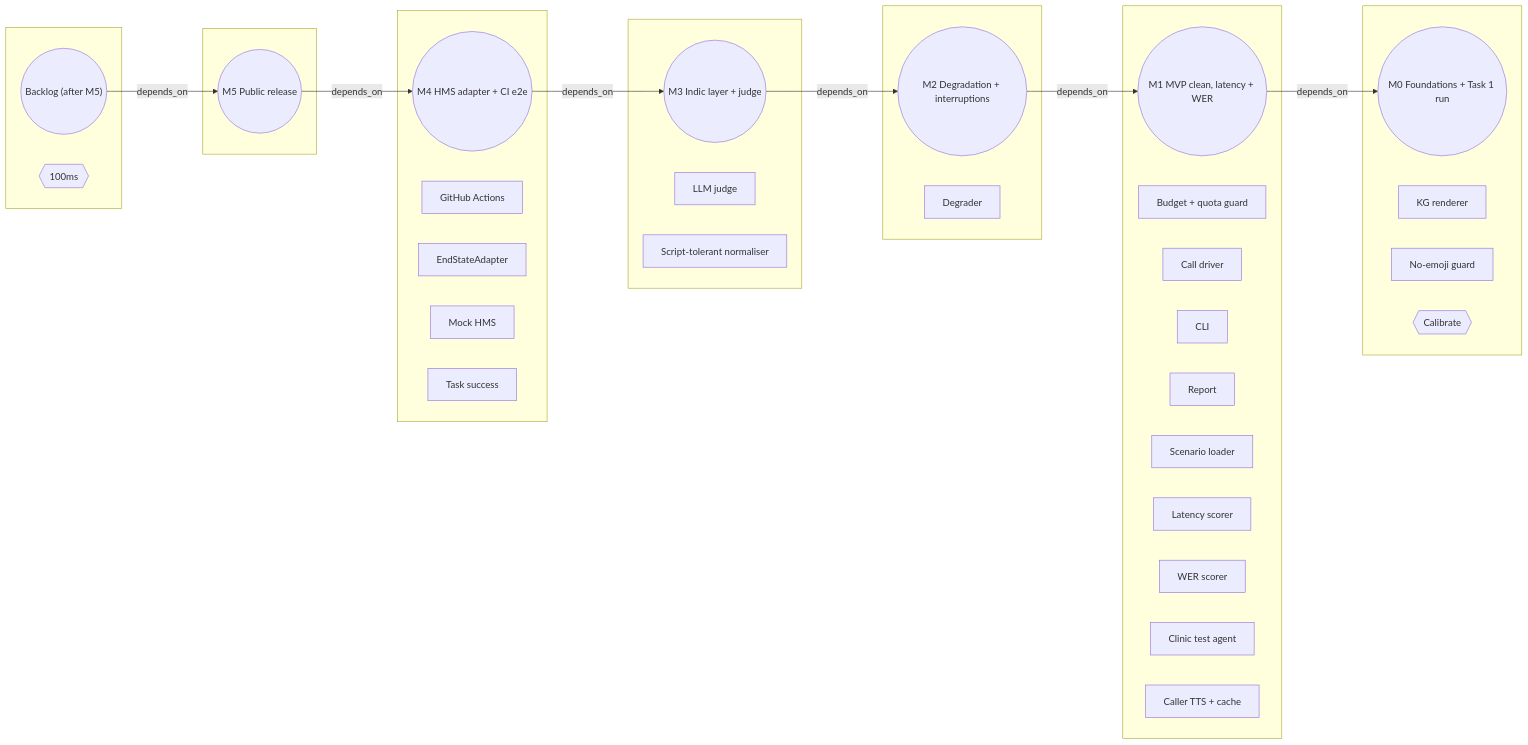
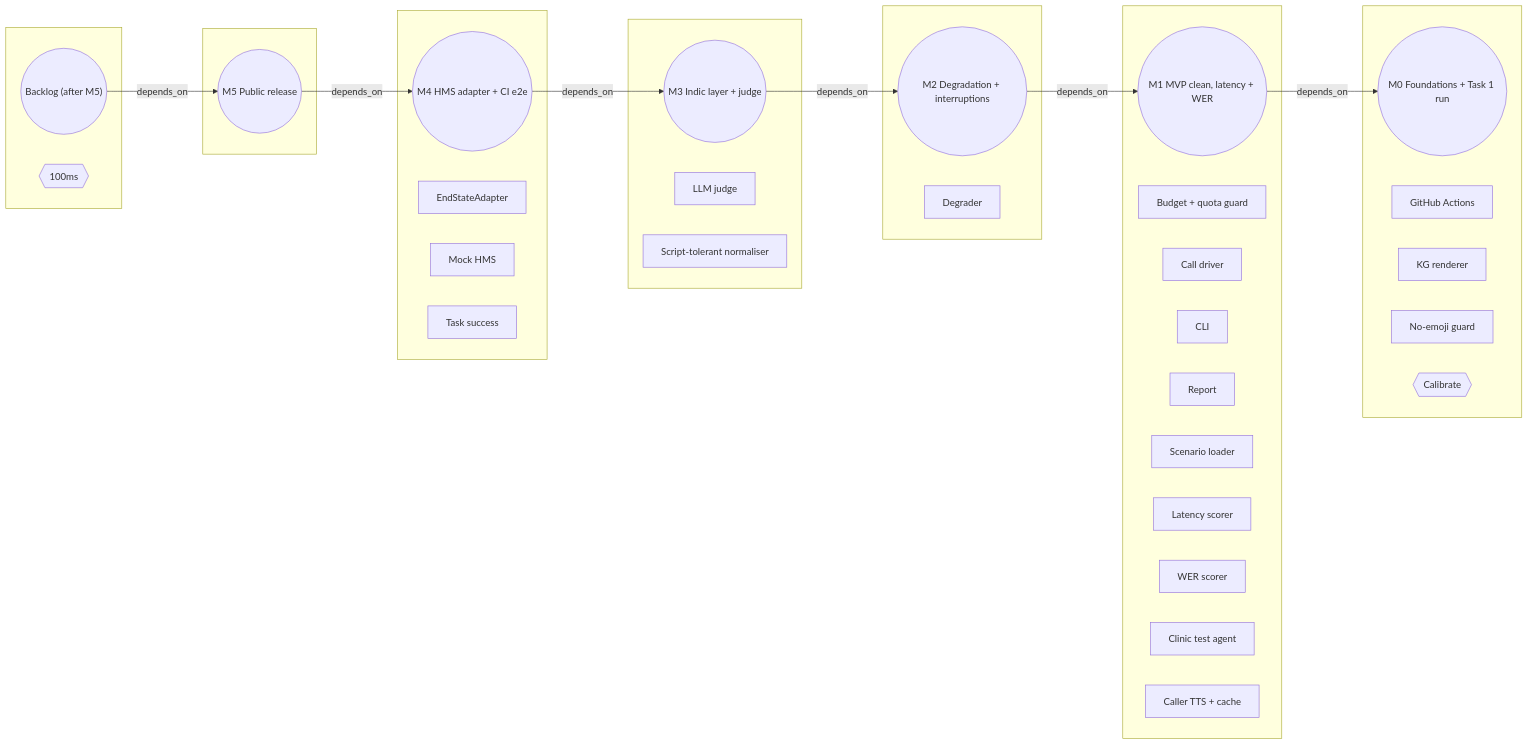
The third of 3 diagrams in docs/kg/README.md (yatinannam/parakh), drawn with Mermaid before and after one commit. The commit also changed other lines of this file and 1 other file, not shown here.

````diff
--- a/docs/kg/README.md
+++ b/docs/kg/README.md
@@ -173,50 +173,50 @@
 ```mermaid
 flowchart LR
   subgraph g_backlog[" "]
     backlog(("Backlog (after M5)"))
     x_100ms{{"100ms"}}
   end
   subgraph g_m0[" "]
     m0(("M0 Foundations + Task 1 run"))
+    ci["GitHub Actions"]
     t_kg_render["KG renderer"]
     t_no_emoji["No-emoji guard"]
     x_calibrate{{"Calibrate"}}
   end
   subgraph g_m1[" "]
     m1(("M1 MVP clean, latency + WER"))
     budget["Budget + quota guard"]
     call_driver["Call driver"]
     cli["CLI"]
     report["Report"]
     scenario["Scenario loader"]
     score_latency["Latency scorer"]
     score_wer["WER scorer"]
     test_agent["Clinic test agent"]
     tts_cache["Caller TTS + cache"]
   end
   subgraph g_m2[" "]
     m2(("M2 Degradation + interruptions"))
     degrader["Degrader"]
   end
   subgraph g_m3[" "]
     m3(("M3 Indic layer + judge"))
     judge["LLM judge"]
     normalizer["Script-tolerant normaliser"]
   end
   subgraph g_m4[" "]
     m4(("M4 HMS adapter + CI e2e"))
-    ci["GitHub Actions"]
     end_state_adapter["EndStateAdapter"]
     mock_hms["Mock HMS"]
     score_task["Task success"]
   end
   subgraph g_m5[" "]
     m5(("M5 Public release"))
   end
   backlog -->|depends_on| m5
   m1 -->|depends_on| m0
   m2 -->|depends_on| m1
   m3 -->|depends_on| m2
   m4 -->|depends_on| m3
   m5 -->|depends_on| m4
 ```
````
